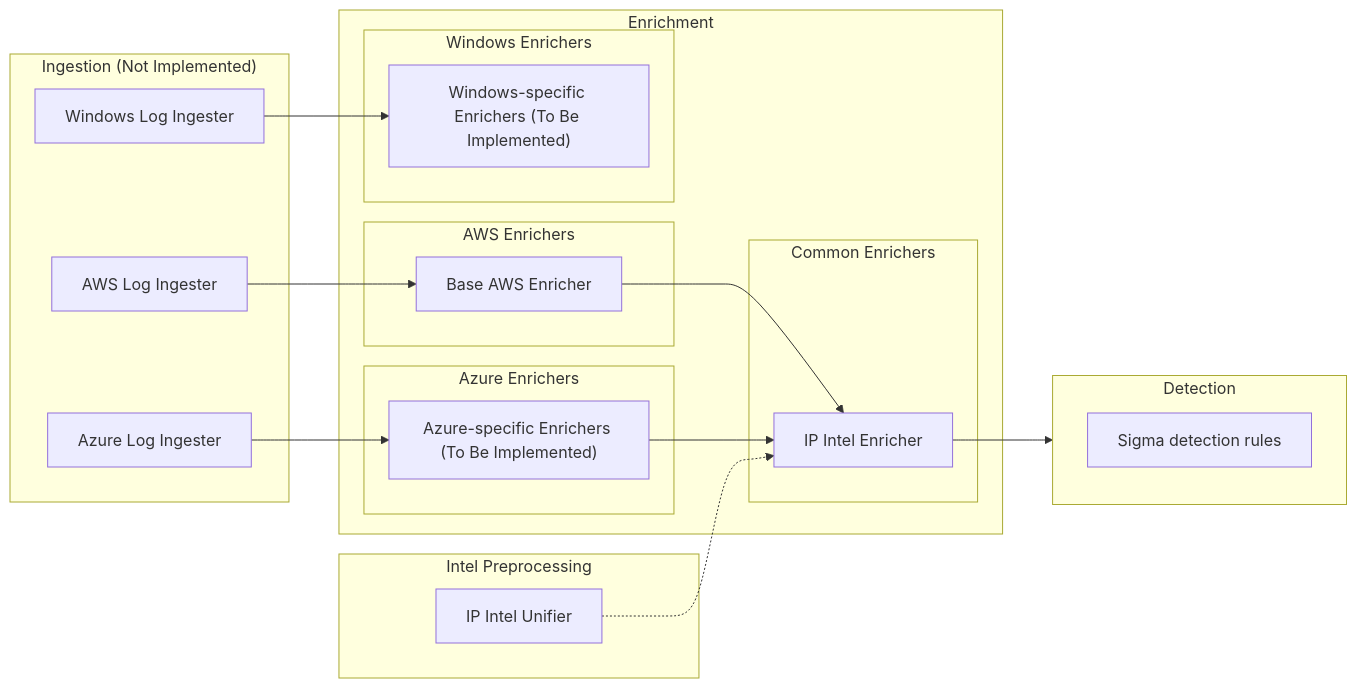
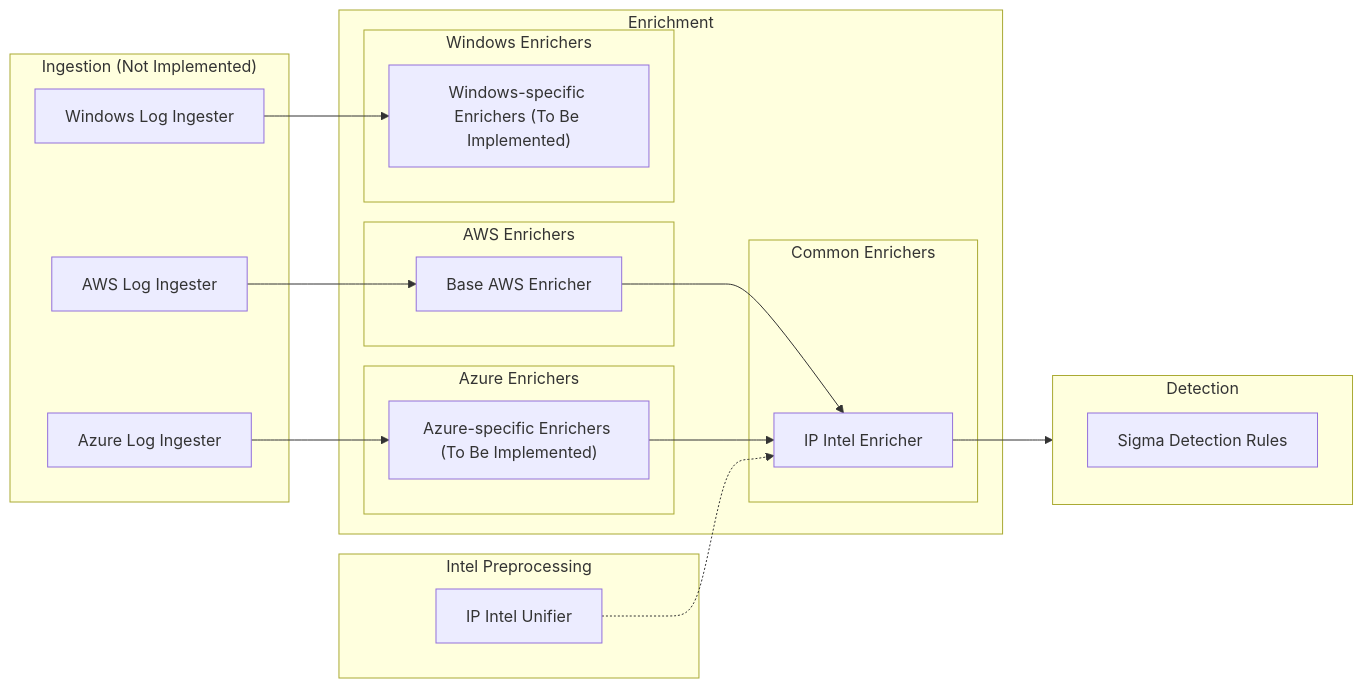
The diagram in README.md (kirkos-project/.github), drawn with Mermaid before and after one commit.

Commit message:
chore: uniformise capitalisation

````diff
--- a/README.md
+++ b/README.md
@@ -9,43 +9,43 @@
 ```mermaid
 flowchart LR;
   subgraph Ingestion["Ingestion (Not Implemented)"]
     ingestAWS["AWS Log Ingester"]
     ingestAzure["Azure Log Ingester"]
     ingestWin["Windows Log Ingester"]
   end
   subgraph IntelGen["Intel Preprocessing"]
     ipIntel["IP Intel Unifier"]
   end
   subgraph Enrichment
     subgraph AWSEnrichment["AWS Enrichers"]
       enrichAWSBase["Base AWS Enricher"]
     end
     subgraph AzureEnrichment["Azure Enrichers"]
       enrichAzure["Azure-specific Enrichers (To Be Implemented)"]
     end
     subgraph WinEnrichment["Windows Enrichers"]
       enrichWin["Windows-specific Enrichers (To Be Implemented)"]
     end
     subgraph CommonEnrichment["Common Enrichers"]
       enrichIP["IP Intel Enricher"]
     end
   end
   subgraph Detection
-    detSigma["Sigma detection rules"]
+    detSigma["Sigma Detection Rules"]
   end
   
   ingestAWS-->enrichAWSBase;
   ingestAzure-->enrichAzure;
   ingestWin-->enrichWin;
   enrichAWSBase-->enrichIP;
   enrichAzure-->enrichIP;
   ipIntel-.->enrichIP;
   enrichIP-->Detection;
   
 
   %% Syntax: click NodeID "URL" "Optional Tooltip" _target
   click enrichAWSBase "https://codeberg.org/kirkos/kirkos-aws-enricher-base" _blank
   click ipIntel "https://codeberg.org/kirkos/kirkos-unified-ip-threat-db" _blank
   click enrichIP "https://codeberg.org/kirkos/kirkos-common-enricher-ip" _blank
   click detSigma "https://codeberg.org/kirkos/kirkos-sigma-rules" _blank
 ```
````
